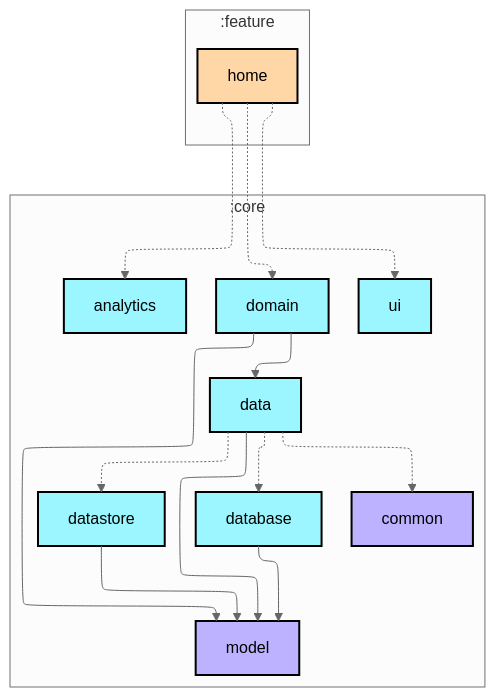
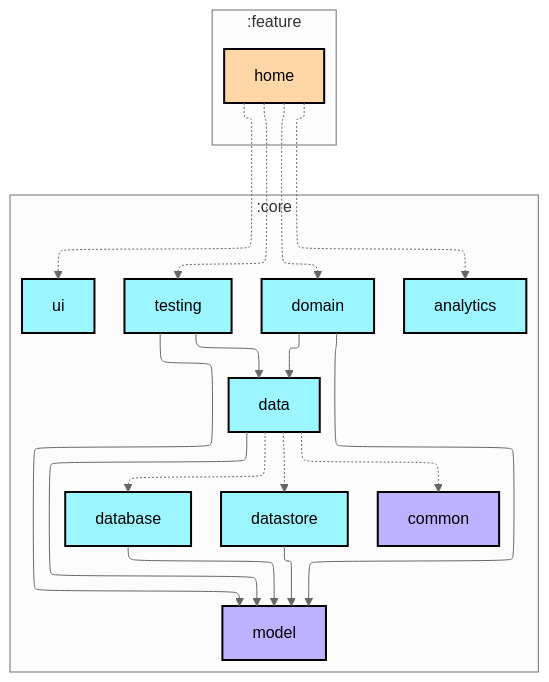
One commit to Sunior-k/walklog changed the first of 2 diagrams in feature/home/README.md. Above: the diagram before and after it, drawn with Mermaid (neutral theme). The commit also changed other lines of this file and 46 other files, not shown here.

````diff
--- a/feature/home/README.md
+++ b/feature/home/README.md
@@ -17,43 +17,47 @@
 ```mermaid
 ---
 config:
   layout: elk
   elk:
     nodePlacementStrategy: SIMPLE
 ---
 graph TB
   subgraph :feature
     direction TB
     :feature:home[home]:::android-feature
   end
 
   subgraph :core
     direction TB
     :core:domain[domain]:::android-library
     :core:data[data]:::android-library
     :core:database[database]:::android-library
     :core:datastore[datastore]:::android-library
     :core:common[common]:::jvm-library
     :core:model[model]:::jvm-library
     :core:analytics[analytics]:::android-library
+    :core:testing[testing]:::android-library
     :core:ui[ui]:::android-library
   end
 
   :feature:home -.-> :core:domain
   :feature:home -.-> :core:analytics
+  :feature:home -.-> :core:testing
   :feature:home -.-> :core:ui
   :core:domain --> :core:data
   :core:domain --> :core:model
   :core:data --> :core:model
   :core:data -.-> :core:database
   :core:data -.-> :core:datastore
   :core:data -.-> :core:common
   :core:database --> :core:model
   :core:datastore --> :core:model
+  :core:testing --> :core:data
+  :core:testing --> :core:model
 
 classDef android-application fill:#CAFFBF,stroke:#000,stroke-width:2px,color:#000;
 classDef android-feature fill:#FFD6A5,stroke:#000,stroke-width:2px,color:#000;
 classDef android-library fill:#9BF6FF,stroke:#000,stroke-width:2px,color:#000;
 classDef android-test fill:#A0C4FF,stroke:#000,stroke-width:2px,color:#000;
 classDef jvm-library fill:#BDB2FF,stroke:#000,stroke-width:2px,color:#000;
 ```
````
